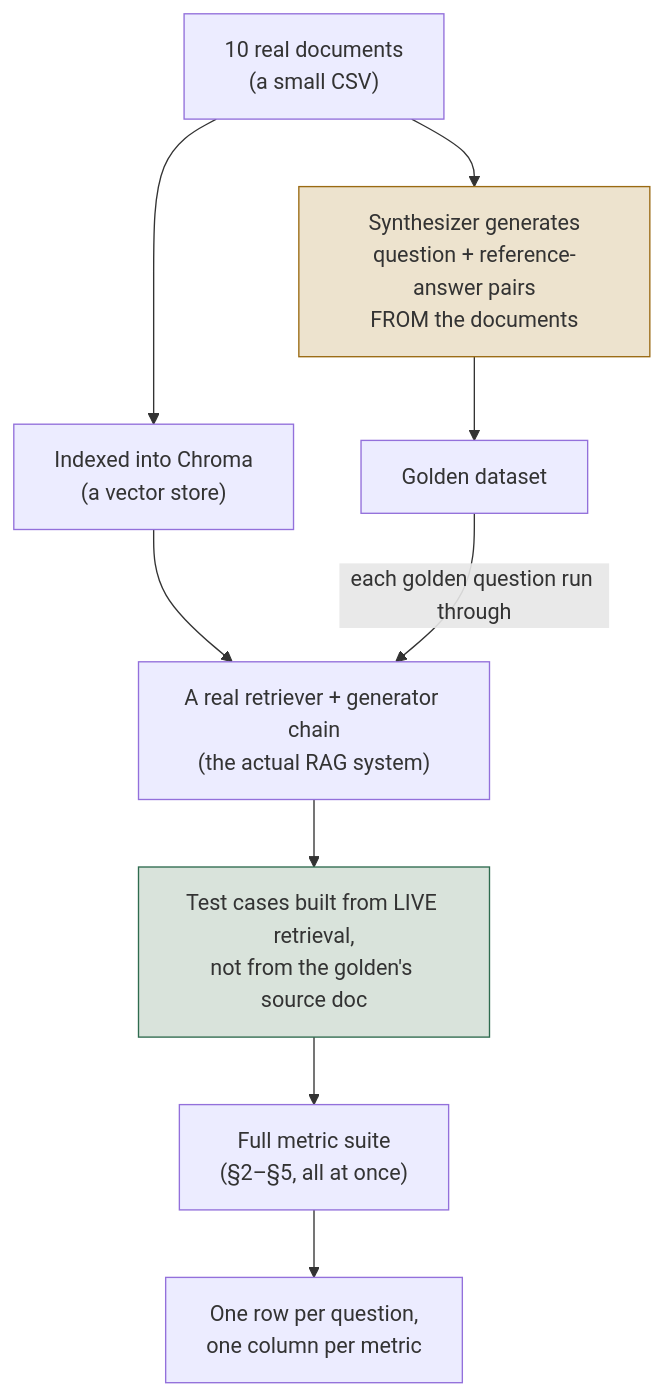
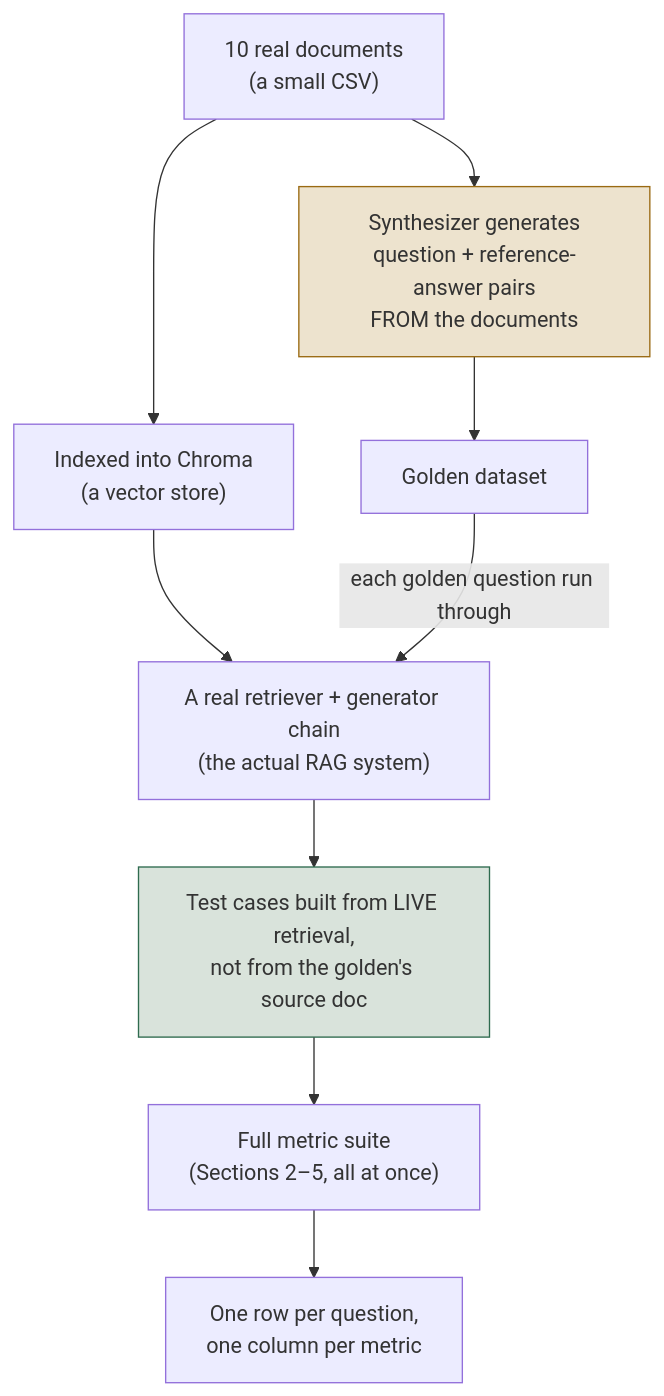
One commit to Sourav692/Agent_Evaluation_Demystified changed the sixth of 6 diagrams in docs/roadmap-explainers/01-rag-retrieval-and-generation.md. Above: the diagram before and after it, drawn with Mermaid. The commit also changed other lines of this file and 1 other file, not shown here.

First line of the commit message:
docs(explainers): say "Section N" for this page's own sections

````diff
--- a/docs/roadmap-explainers/01-rag-retrieval-and-generation.md
+++ b/docs/roadmap-explainers/01-rag-retrieval-and-generation.md
@@ -608,14 +608,14 @@
 ```mermaid
 flowchart TD
     D["10 real documents<br/>(a small CSV)"] --> IDX["Indexed into Chroma<br/>(a vector store)"]
     IDX --> RC["A real retriever + generator chain<br/>(the actual RAG system)"]
     D --> SYN["Synthesizer generates<br/>question + reference-answer pairs<br/>FROM the documents"]
     SYN --> GOLD["Golden dataset"]
     GOLD -->|"each golden question run through"| RC
     RC --> TC["Test cases built from LIVE retrieval,<br/>not from the golden's source doc"]
-    TC --> SUITE["Full metric suite<br/>(§2–§5, all at once)"]
+    TC --> SUITE["Full metric suite<br/>(Sections 2–5, all at once)"]
     SUITE --> TABLE["One row per question,<br/>one column per metric"]
 
     style SYN fill:#EDE3CE,stroke:#9A6A12
     style TC fill:#D9E3DB,stroke:#2F6B4F
 ```
````
